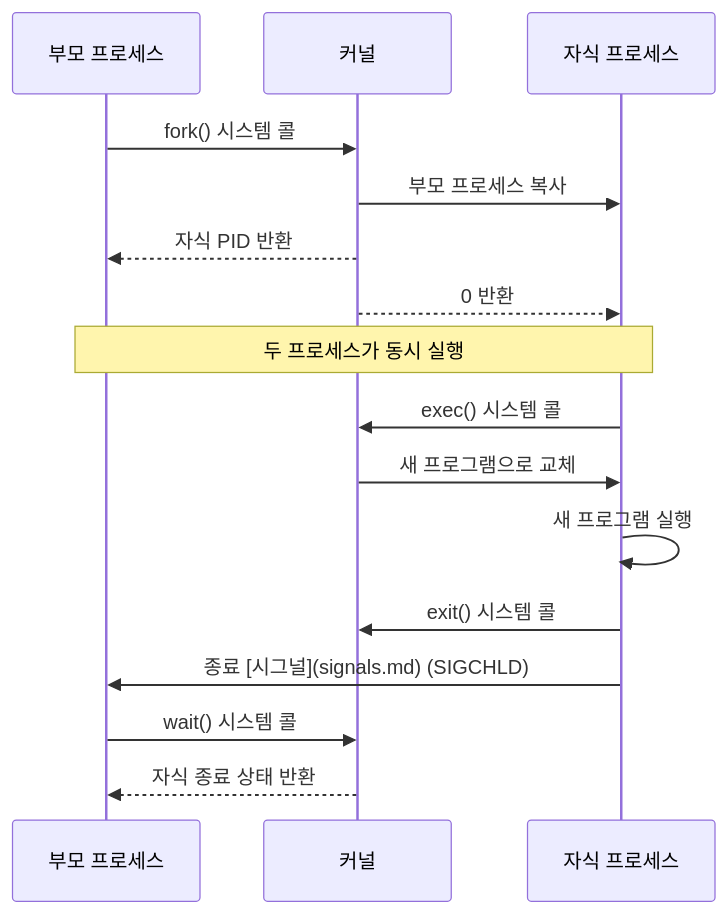
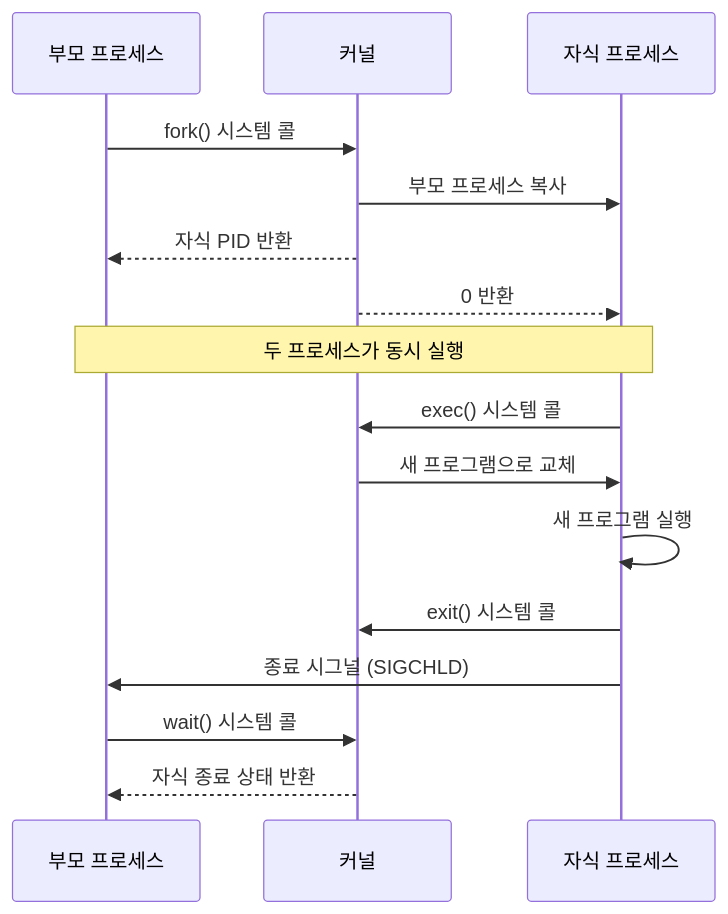
One commit to youngmin-gwon/what-i-studied changed the third of 3 diagrams in 01_inbox/operating-systems/process-states-lifecycle.md. Above: the diagram before and after it, drawn with Mermaid. The commit also changed 10 other files, not shown here.

````diff
--- a/01_inbox/operating-systems/process-states-lifecycle.md
+++ b/01_inbox/operating-systems/process-states-lifecycle.md
@@ -165,22 +165,22 @@
 ```mermaid
 sequenceDiagram
     participant Parent as 부모 프로세스
     participant Kernel as 커널
     participant Child as 자식 프로세스
     
     Parent->>Kernel: fork() 시스템 콜
     Kernel->>Child: 부모 프로세스 복사
     Kernel-->>Parent: 자식 PID 반환
     Kernel-->>Child: 0 반환
     
     Note over Parent,Child: 두 프로세스가 동시 실행
     
     Child->>Kernel: exec() 시스템 콜
     Kernel->>Child: 새 프로그램으로 교체
     Child->>Child: 새 프로그램 실행
     
     Child->>Kernel: exit() 시스템 콜
-    Child->>Parent: 종료 [시그널](signals.md) (SIGCHLD)
+    Child->>Parent: 종료 시그널 (SIGCHLD)
     Parent->>Kernel: wait() 시스템 콜
     Kernel-->>Parent: 자식 종료 상태 반환
 ```
````
